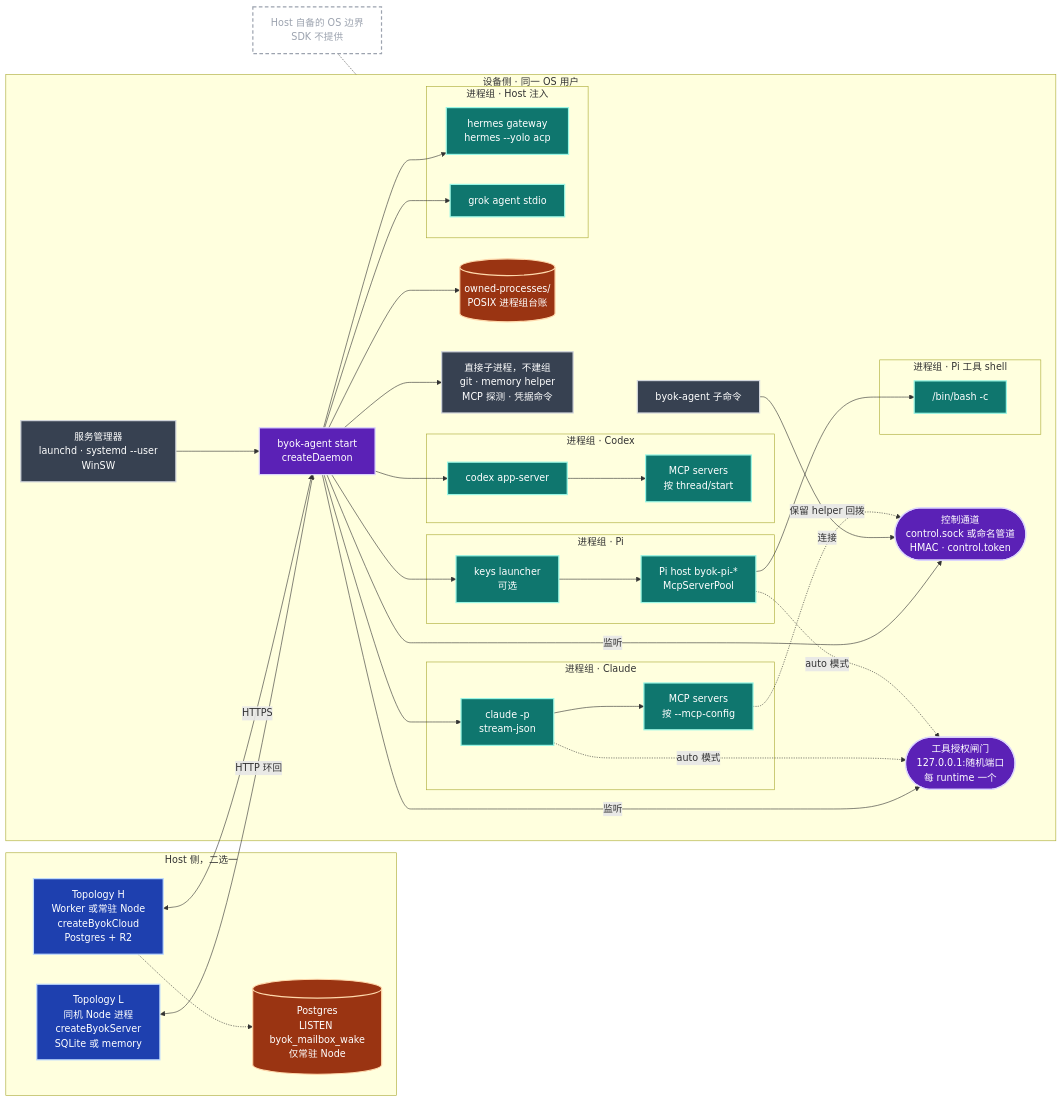
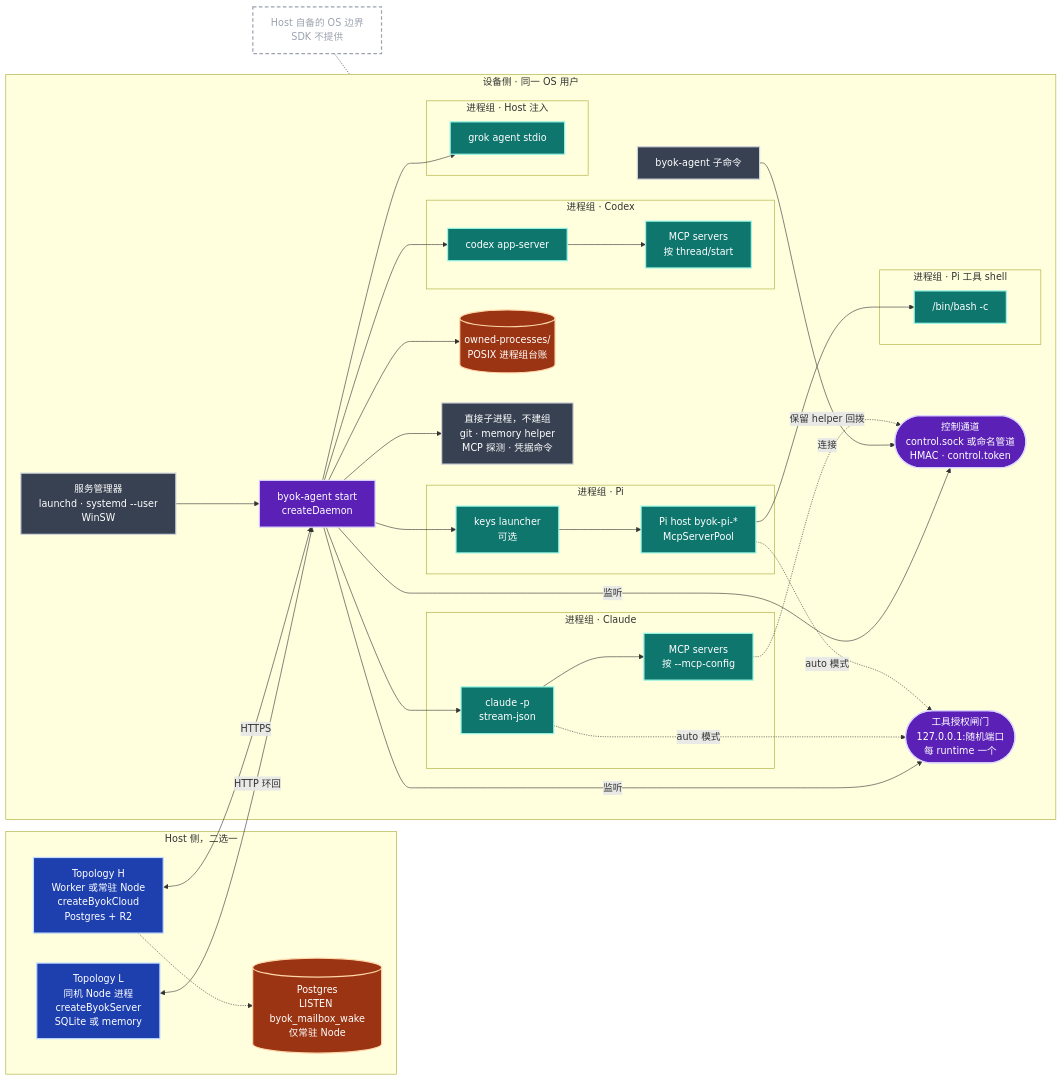
The first of 5 diagrams in docs/architecture/process-namespace-topology.md (Ancienttwo/byok-sdk), drawn with Mermaid before and after one commit. The commit also changed other lines of this file and 92 other files, not shown here.

First line of the commit message:
feat!: archive the Hermes runtime adapter (#1854)

````diff
--- a/docs/architecture/process-namespace-topology.md
+++ b/docs/architecture/process-namespace-topology.md
@@ -19,65 +19,63 @@
 ```mermaid
 flowchart LR
   classDef host fill:#1e40af,stroke:#bfdbfe,stroke-width:2px,color:#fff
   classDef daemon fill:#5b21b6,stroke:#ddd6fe,stroke-width:2px,color:#fff
   classDef runtime fill:#0f766e,stroke:#99f6e4,stroke-width:2px,color:#fff
   classDef helper fill:#374151,stroke:#d1d5db,stroke-width:2px,color:#fff
   classDef store fill:#9a3412,stroke:#fed7aa,stroke-width:2px,color:#fff
   classDef absent fill:none,stroke:#9ca3af,stroke-width:2px,stroke-dasharray:6 4,color:#9ca3af
 
   subgraph HS["Host 侧，二选一"]
     HostL["Topology L<br/>同机 Node 进程<br/>createByokServer<br/>SQLite 或 memory"]:::host
     HostH["Topology H<br/>Worker 或常驻 Node<br/>createByokCloud<br/>Postgres + R2"]:::host
     PG[("Postgres<br/>LISTEN byok_mailbox_wake<br/>仅常驻 Node")]:::store
     HostH -.-> PG
   end
 
   subgraph DEV["设备侧 · 同一 OS 用户"]
     SM["服务管理器<br/>launchd · systemd --user<br/>WinSW"]:::helper
     Cli["byok-agent 子命令"]:::helper
     Ctl(["控制通道<br/>control.sock 或命名管道<br/>HMAC · control.token"]):::daemon
     Daemon["byok-agent start<br/>createDaemon"]:::daemon
     Gate(["工具授权闸门<br/>127.0.0.1:随机端口<br/>每 runtime 一个"]):::daemon
     Ledger[("owned-processes/<br/>POSIX 进程组台账")]:::store
     Direct["直接子进程，不建组<br/>git · memory helper<br/>MCP 探测 · 凭据命令"]:::helper
 
     subgraph GC["进程组 · Claude"]
       Claude["claude -p<br/>stream-json"]:::runtime --> McpC["MCP servers<br/>按 --mcp-config"]:::runtime
     end
     subgraph GX["进程组 · Codex"]
       Codex["codex app-server"]:::runtime --> McpX["MCP servers<br/>按 thread/start"]:::runtime
     end
     subgraph GP["进程组 · Pi"]
       Launcher["keys launcher<br/>可选"]:::runtime --> PiHost["Pi host byok-pi-*<br/>McpServerPool"]:::runtime
     end
     subgraph GD["进程组 · Pi 工具 shell"]
       Shell["/bin/bash -c"]:::runtime
     end
     subgraph GH["进程组 · Host 注入"]
-      Hermes["hermes gateway<br/>hermes --yolo acp"]:::runtime
       Grok["grok agent stdio"]:::runtime
     end
 
     SM --> Daemon
     Daemon -->|"监听"| Ctl
     Cli -->|"连接"| Ctl
     McpC -.->|"保留 helper 回拨"| Ctl
     Daemon --> Claude
     Daemon --> Codex
     Daemon --> Launcher
     PiHost --> Shell
-    Daemon --> Hermes
     Daemon --> Grok
     Daemon --> Direct
     Daemon --> Ledger
     Daemon -->|"监听"| Gate
     Claude -.->|"auto 模式"| Gate
     PiHost -.->|"auto 模式"| Gate
   end
 
   Box["Host 自备的 OS 边界<br/>SDK 不提供"]:::absent
 
   HostL <-->|"HTTP 环回"| Daemon
   HostH <-->|"HTTPS"| Daemon
   Box -.- DEV
 ```
````
